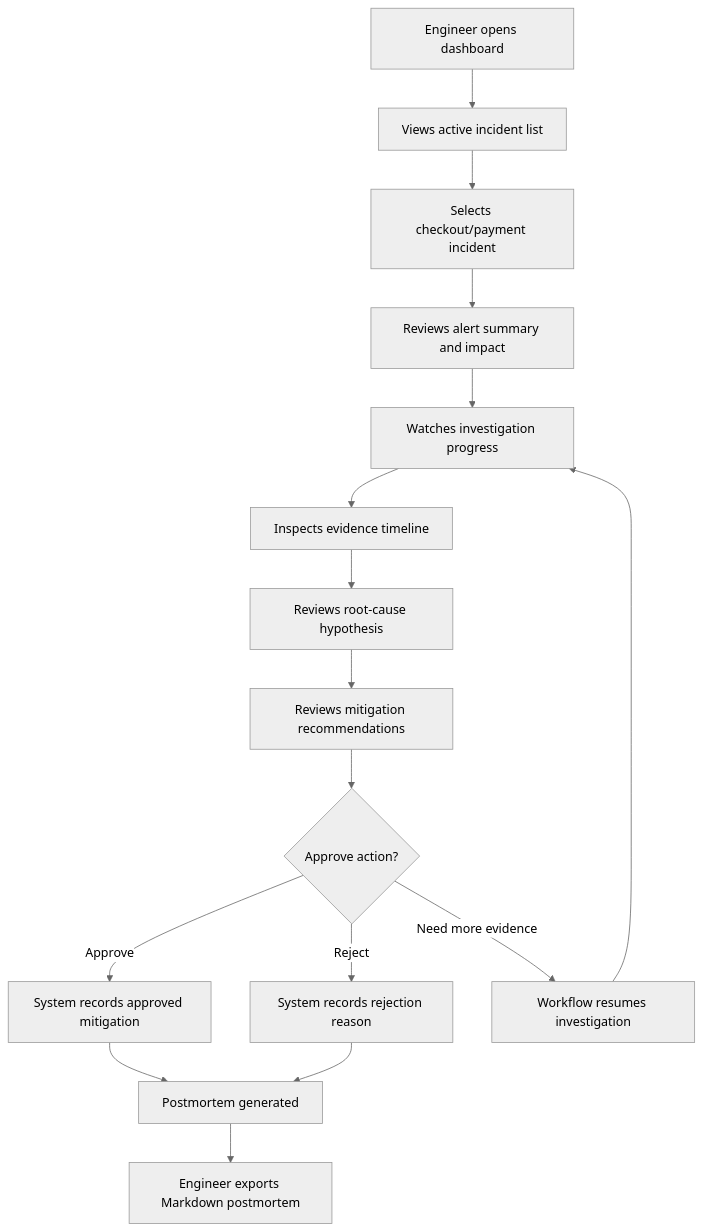
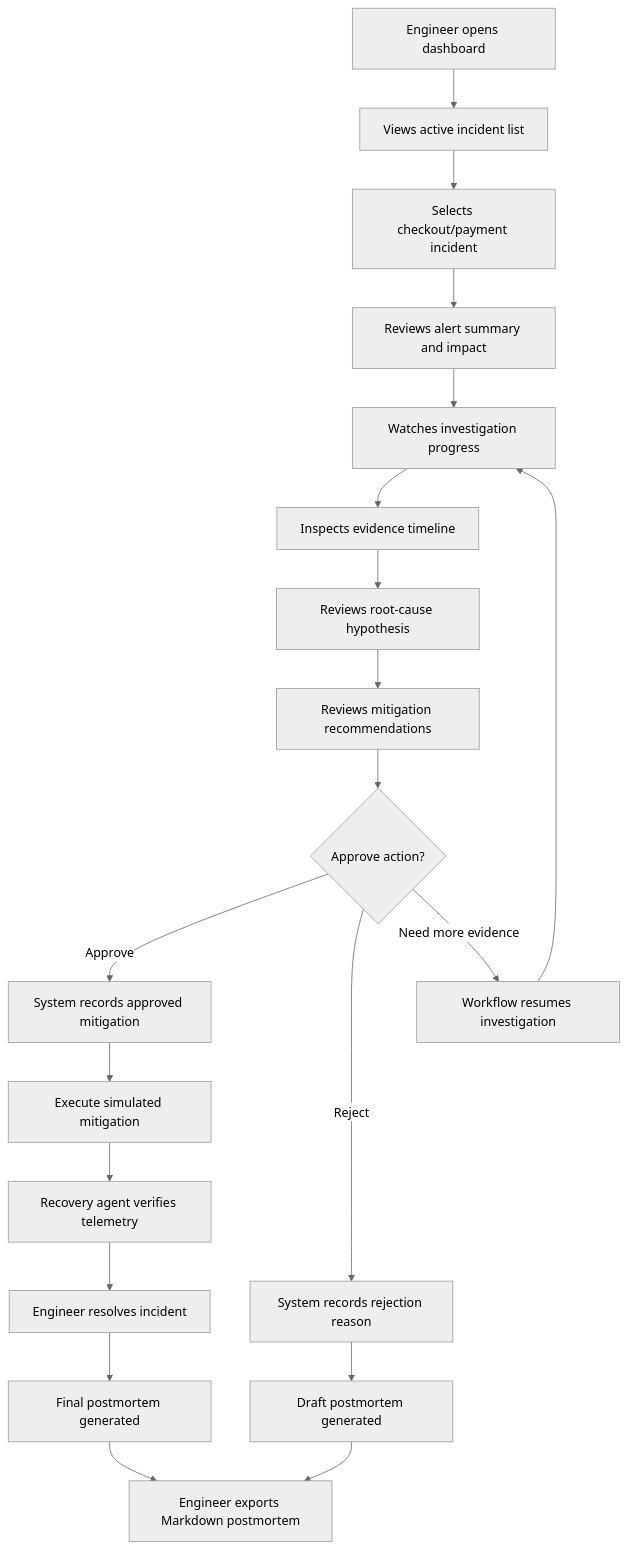
One commit to Sonawane07/agentic-ai-incident-commander changed the diagram in docs/user-flow.md. Above: the diagram before and after it, drawn with Mermaid (neutral theme). The commit also changed other lines of this file and 20 other files, not shown here.

Commit message:
Complete mitigation recovery lifecycle

````diff
--- a/docs/user-flow.md
+++ b/docs/user-flow.md
@@ -9,18 +9,22 @@
 ```mermaid
 flowchart TD
     A["Engineer opens dashboard"] --> B["Views active incident list"]
     B --> C["Selects checkout/payment incident"]
     C --> D["Reviews alert summary and impact"]
     D --> E["Watches investigation progress"]
     E --> F["Inspects evidence timeline"]
     F --> G["Reviews root-cause hypothesis"]
     G --> H["Reviews mitigation recommendations"]
     H --> I{"Approve action?"}
     I -->|Approve| J["System records approved mitigation"]
     I -->|Reject| K["System records rejection reason"]
     I -->|Need more evidence| L["Workflow resumes investigation"]
-    J --> M["Postmortem generated"]
-    K --> M
+    J --> M["Execute simulated mitigation"]
+    M --> N["Recovery agent verifies telemetry"]
+    N --> O["Engineer resolves incident"]
+    O --> P["Final postmortem generated"]
+    K --> Q["Draft postmortem generated"]
     L --> E
-    M --> N["Engineer exports Markdown postmortem"]
+    P --> R["Engineer exports Markdown postmortem"]
+    Q --> R
 ```
````
